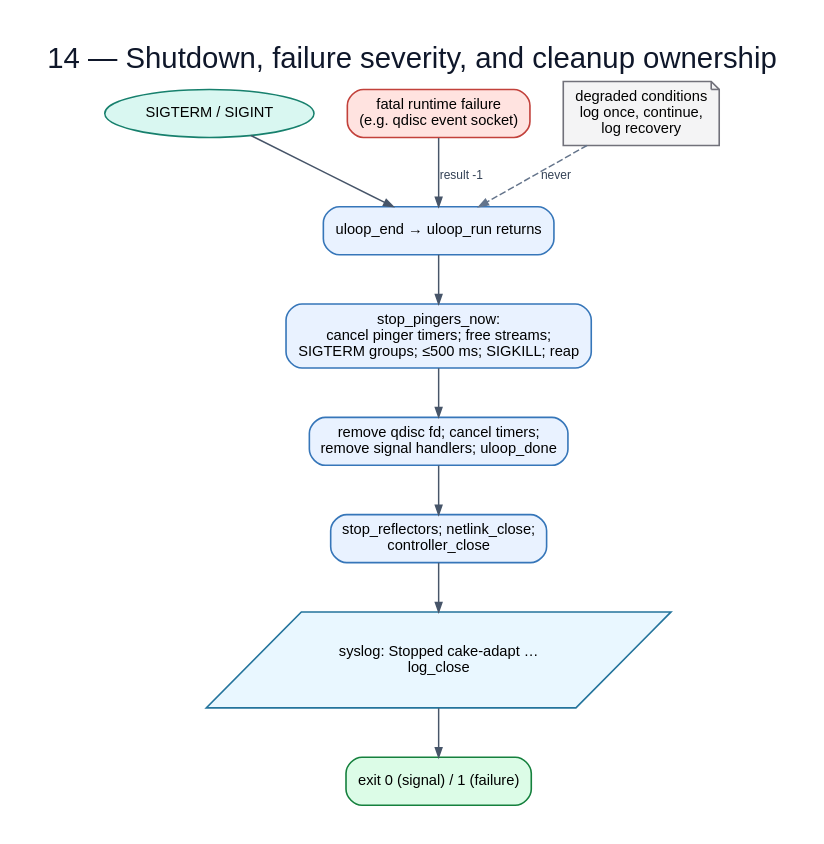
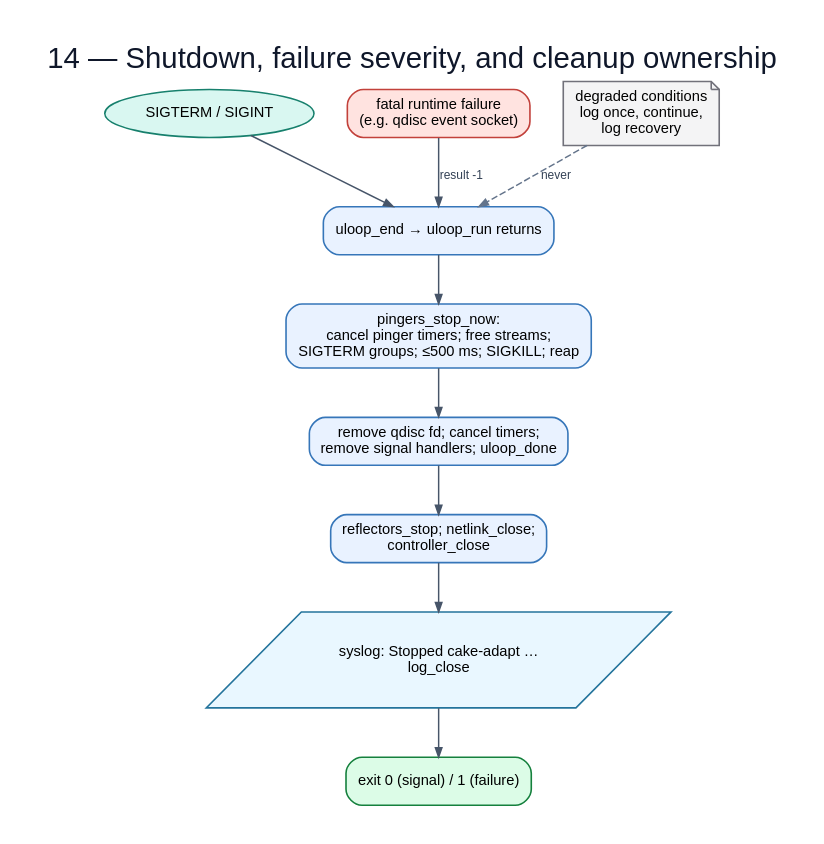
The diagram in flowchart/diagrams/14-shutdown-and-failure.dot (huydoan94/cake-adapt), drawn with Graphviz before and after one commit. The commit also changed 19 other files, not shown here.

First line of the commit message:
Regenerate the flowcharts for the restructured monitor

```diff
--- a/flowchart/diagrams/14-shutdown-and-failure.dot
+++ b/flowchart/diagrams/14-shutdown-and-failure.dot
@@ -1,22 +1,22 @@
 digraph G {
   graph [rankdir=TB,bgcolor="white",pad="0.30",nodesep="0.35",ranksep="0.48",splines=polyline,fontname="Arial",label="14 — Shutdown, failure severity, and cleanup ownership",labelloc=t,fontsize=22,fontcolor="#0f172a"];
   node [fontname="Arial",fontsize=11,margin="0.14,0.09",penwidth=1.2];
   edge [fontname="Arial",fontsize=9,color="#475569",fontcolor="#334155",arrowsize=0.7,penwidth=1.1];
   sig [label="SIGTERM / SIGINT",shape=oval,style="filled",fillcolor="#d9f7f1",color="#17806d"];
   fatal [label="fatal runtime failure\n(e.g. qdisc event socket)",shape=box,style="rounded,filled",fillcolor="#ffe3e0",color="#c2413b"];
   end [label="uloop_end → uloop_run returns",shape=box,style="rounded,filled",fillcolor="#e9f2ff",color="#3676b9"];
-  pingers [label="stop_pingers_now:\ncancel pinger timers; free streams;\nSIGTERM groups; ≤500 ms; SIGKILL; reap",shape=box,style="rounded,filled",fillcolor="#e9f2ff",color="#3676b9"];
+  pingers [label="pingers_stop_now:\ncancel pinger timers; free streams;\nSIGTERM groups; ≤500 ms; SIGKILL; reap",shape=box,style="rounded,filled",fillcolor="#e9f2ff",color="#3676b9"];
   loop [label="remove qdisc fd; cancel timers;\nremove signal handlers; uloop_done",shape=box,style="rounded,filled",fillcolor="#e9f2ff",color="#3676b9"];
-  free [label="stop_reflectors; netlink_close;\ncontroller_close",shape=box,style="rounded,filled",fillcolor="#e9f2ff",color="#3676b9"];
+  free [label="reflectors_stop; netlink_close;\ncontroller_close",shape=box,style="rounded,filled",fillcolor="#e9f2ff",color="#3676b9"];
   log [label="syslog: Stopped cake-adapt …\nlog_close",shape=parallelogram,style="filled",fillcolor="#e9f7ff",color="#24749c"];
   exit [label="exit 0 (signal) / 1 (failure)",shape=box,style="rounded,filled,bold",fillcolor="#dcfce7",color="#15803d"];
   degraded [label="degraded conditions\nlog once, continue,\nlog recovery",shape=note,style="filled",fillcolor="#f4f4f5",color="#71717a"];
   sig -> end;
   fatal -> end [label="result -1"];
   end -> pingers;
   pingers -> loop;
   loop -> free;
   free -> log;
   log -> exit;
   degraded -> end [label="never",style=dashed,color="#64748b"];
 }
```
